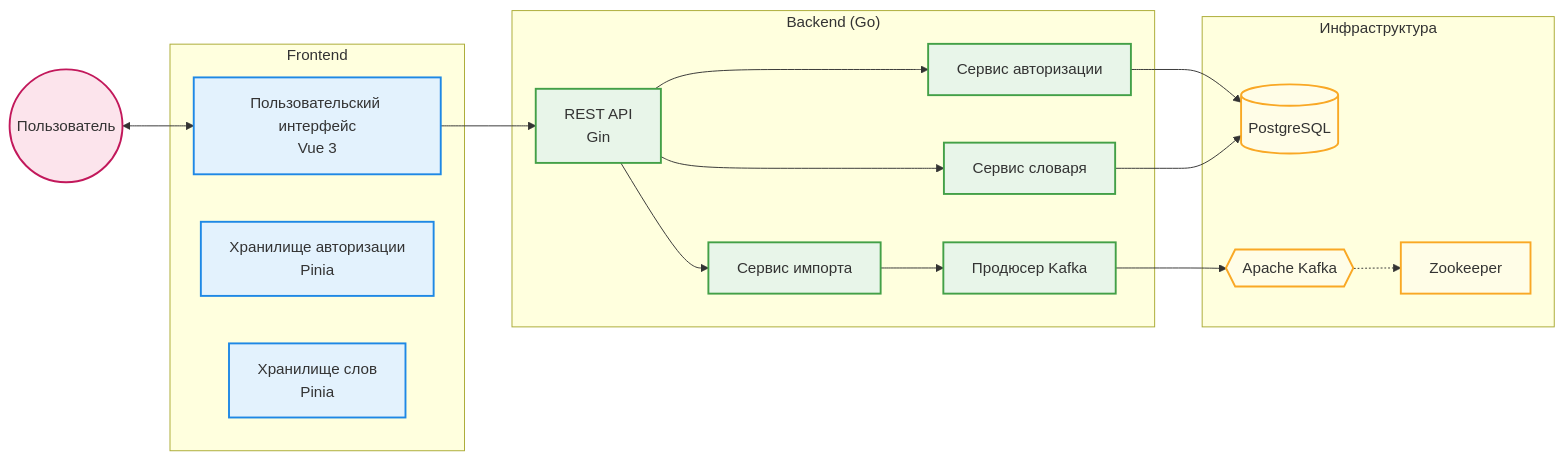
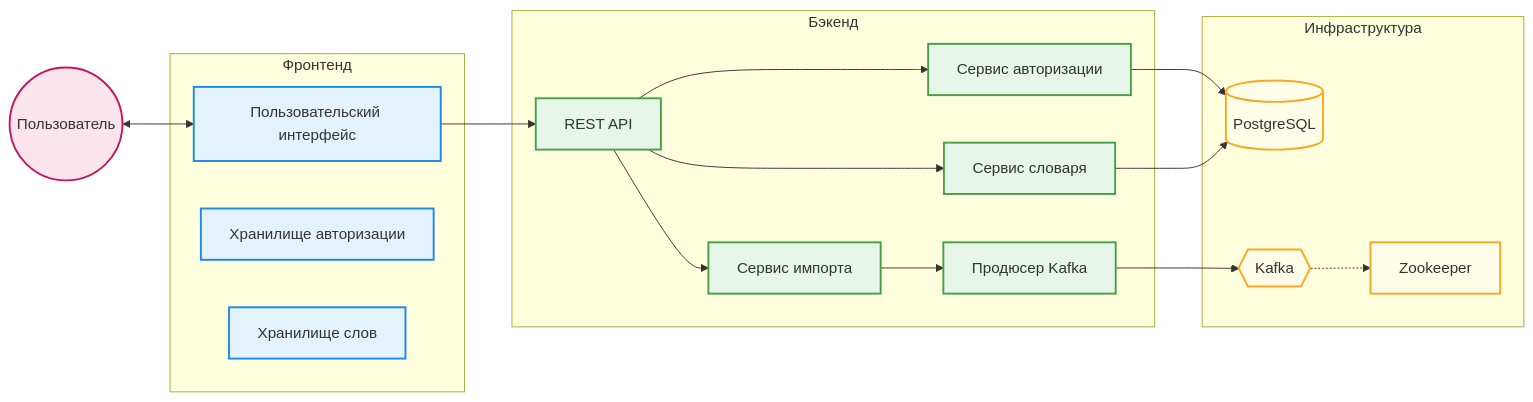
One commit to MindlessMuse666/j-dict changed the first of 2 diagrams in README.md. Above: the diagram before and after it, drawn with Mermaid. The commit also changed other lines of this file and 1 other file, not shown here.

Commit message:
fix(be): отправка событий Kafka и сохранение истории при создании слова | docs: корректировка readme

````diff
--- a/README.md
+++ b/README.md
@@ -26,47 +26,47 @@
 ```mermaid
 graph LR
     User((Пользователь))
 
-    subgraph FE["Frontend"]
-        UI["Пользовательский интерфейс<br/>Vue 3"]
-        AuthStore["Хранилище авторизации<br/>Pinia"]
-        WordStore["Хранилище слов<br/>Pinia"]
+    subgraph FE["Фронтенд"]
+        UI["Пользовательский интерфейс"]
+        AuthStore["Хранилище авторизации"]
+        WordStore["Хранилище слов"]
     end
 
-    subgraph BE["Backend (Go)"]
-        API["REST API<br/>Gin"]
+    subgraph BE["Бэкенд"]
+        API["REST API"]
         AuthService["Сервис авторизации"]
         WordService["Сервис словаря"]
         ImportService["Сервис импорта"]
         KafkaProducer["Продюсер Kafka"]
     end
 
     subgraph INF["Инфраструктура"]
         DB[(PostgreSQL)]
-        Kafka{{Apache Kafka}}
+        Kafka{{Kafka}}
         Zookeeper["Zookeeper"]
     end
 
     User <--> UI
     UI --> API
 
     API --> AuthService
     API --> WordService
     API --> ImportService
 
     AuthService --> DB
     WordService --> DB
     ImportService --> KafkaProducer
     KafkaProducer --> Kafka
     Kafka -.-> Zookeeper
 
     classDef frontend fill:#E3F2FD,stroke:#1E88E5,stroke-width:2px
     classDef backend fill:#E8F5E9,stroke:#43A047,stroke-width:2px
     classDef infra fill:#FFFDE7,stroke:#F9A825,stroke-width:2px
     classDef user fill:#FCE4EC,stroke:#C2185B,stroke-width:2px
 
     class UI,AuthStore,WordStore frontend
     class API,AuthService,WordService,ImportService,KafkaProducer backend
     class DB,Kafka,Zookeeper infra
     class User user
 ```
````
